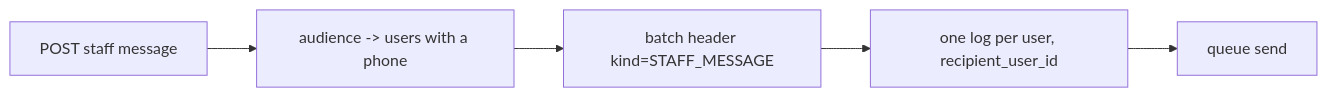
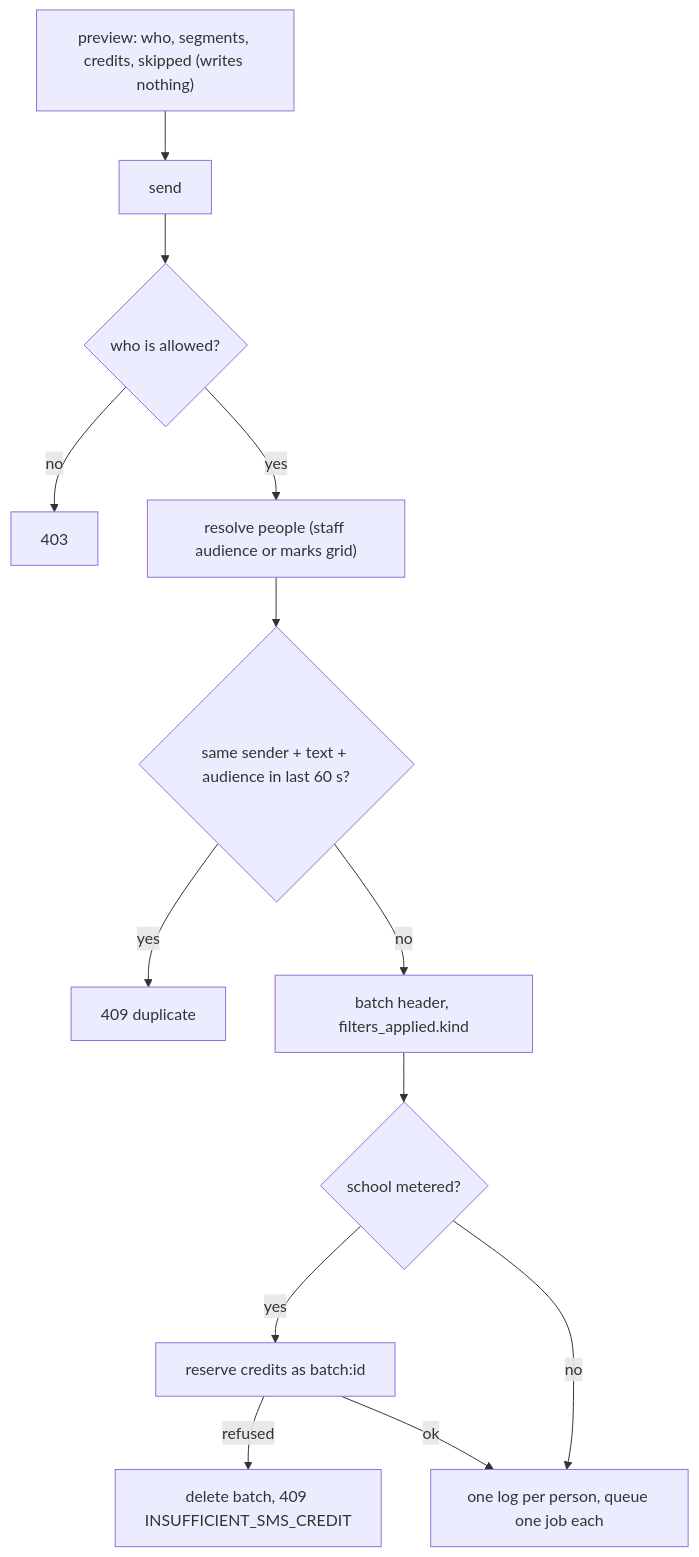
One commit to tareq89/biddaloy changed diagram 26 of 27 in docs/architecture/05-communications.md. Above: the diagram before and after it, drawn with Mermaid. The commit also changed other lines of this file and 2 other files, not shown here.

Commit message:
docs(architecture): staff messages and marks SMS (#4348)

````diff
--- a/docs/architecture/05-communications.md
+++ b/docs/architecture/05-communications.md
@@ -977,7 +980,15 @@
 ```mermaid
-flowchart LR
-  A[POST staff message] --> B[audience -> users with a phone]
-  B --> C[batch header kind=STAFF_MESSAGE]
-  C --> D[one log per user, recipient_user_id]
-  D --> E[queue send]
+flowchart TD
+  A["preview: who, segments, credits, skipped (writes nothing)"] --> B[send]
+  B --> C{"who is allowed?"}
+  C -- no --> X403[403]
+  C -- yes --> D["resolve people (staff audience or marks grid)"]
+  D --> E{"same sender + text + audience in last 60 s?"}
+  E -- yes --> X409[409 duplicate]
+  E -- no --> F["batch header, filters_applied.kind"]
+  F --> G{"school metered?"}
+  G -- yes --> H["reserve credits as batch:id"]
+  H -- refused --> R["delete batch, 409 INSUFFICIENT_SMS_CREDIT"]
+  H -- ok --> I
+  G -- no --> I["one log per person, queue one job each"]
 ```
````
